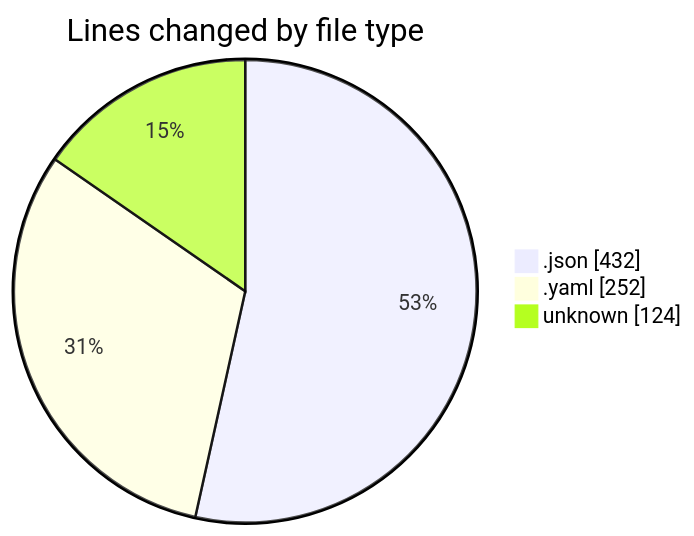
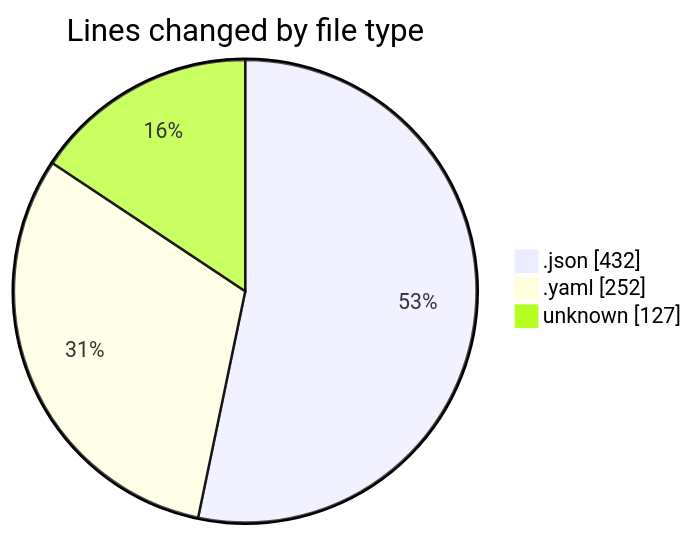
One commit to EIIisD/code-tracking changed the first of 2 diagrams in 2025-08-03/macrowhisper/README.md. Above: the diagram before and after it, drawn with Mermaid. The commit also changed other lines of this file and 1 other file, not shown here.

````diff
--- a/2025-08-03/macrowhisper/README.md
+++ b/2025-08-03/macrowhisper/README.md
@@ -24,7 +24,7 @@
 ```mermaid
 pie showData
 title Lines changed by file type
 ".json" : 432
 ".yaml" : 252
-"unknown" : 124
+"unknown" : 127
 ```
````
